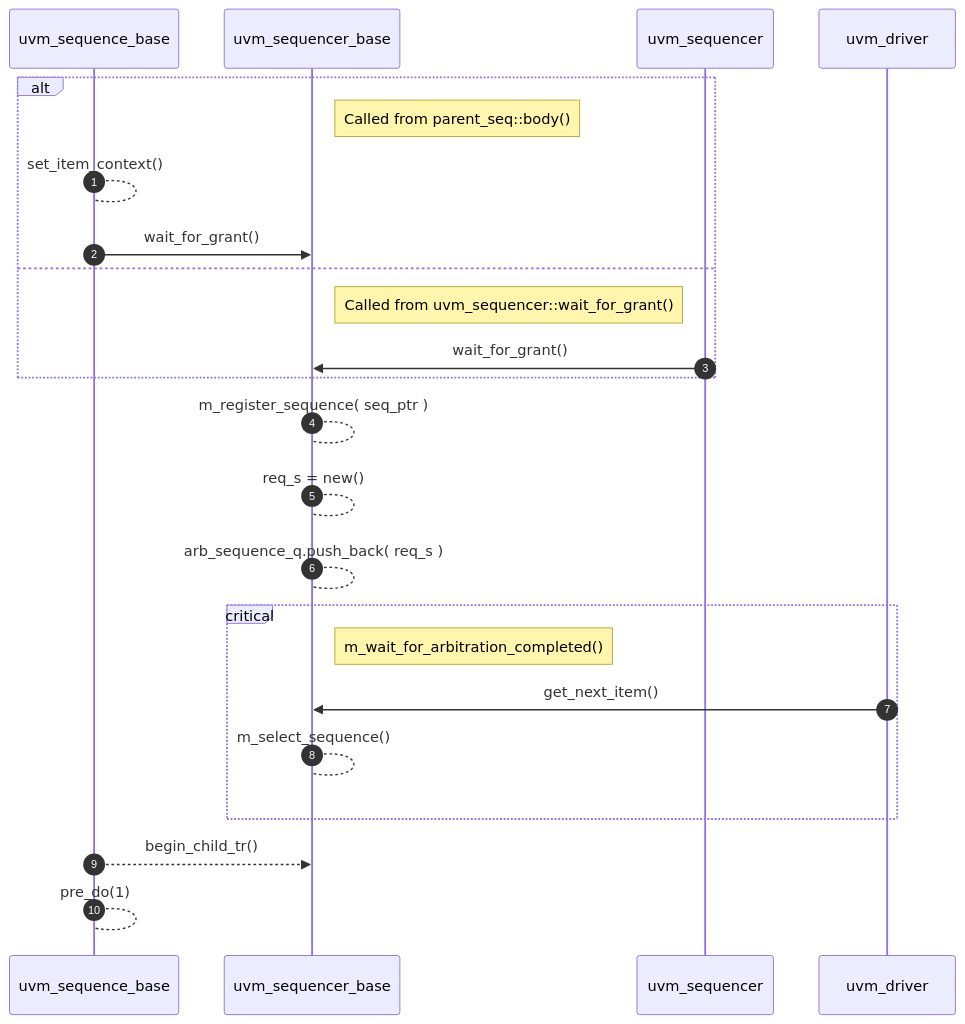
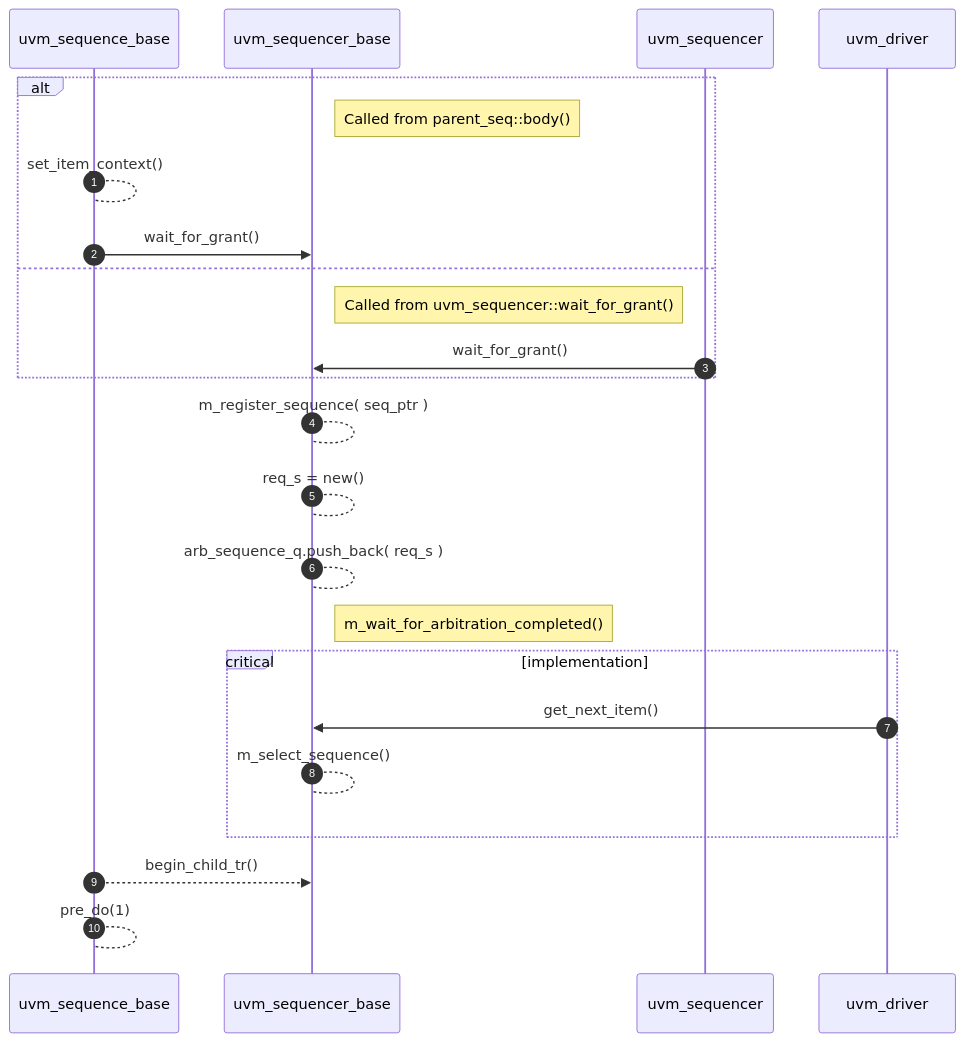
Before and after one commit to dsshin1us/uvm_info: the second of 4 diagrams in sequence/sequence_base.md, drawn with Mermaid. The commit also changed other lines of this file, not shown here.

Commit message:
mermaid issue with git

````diff
--- a/sequence/sequence_base.md
+++ b/sequence/sequence_base.md
@@ -29,28 +29,29 @@
 ```mermaid
 sequenceDiagram
     participant uvm_sequence_base
     participant uvm_sequencer_base
     participant uvm_sequencer
     participant uvm_driver
     autonumber
         alt
             Note right of uvm_sequencer_base: Called from parent_seq::body()
             uvm_sequence_base --> uvm_sequence_base: set_item_context()
             uvm_sequence_base ->> uvm_sequencer_base: wait_for_grant()
         else
             Note right of uvm_sequencer_base: Called from uvm_sequencer::wait_for_grant()
             uvm_sequencer ->> uvm_sequencer_base: wait_for_grant()
         end
 
         uvm_sequencer_base --> uvm_sequencer_base: m_register_sequence( seq_ptr )
         uvm_sequencer_base --> uvm_sequencer_base: req_s = new()
         uvm_sequencer_base --> uvm_sequencer_base: arb_sequence_q.push_back( req_s )
-        critical
-            Note right of uvm_sequencer_base: m_wait_for_arbitration_completed()
+        
+        Note right of uvm_sequencer_base: m_wait_for_arbitration_completed()
+        critical implementation
             uvm_driver ->> uvm_sequencer_base: get_next_item()
             uvm_sequencer_base --> uvm_sequencer_base: m_select_sequence()
         end
 
         uvm_sequence_base -->> uvm_sequencer_base: begin_child_tr()
         uvm_sequence_base --> uvm_sequence_base: pre_do(1)
 ```
````
